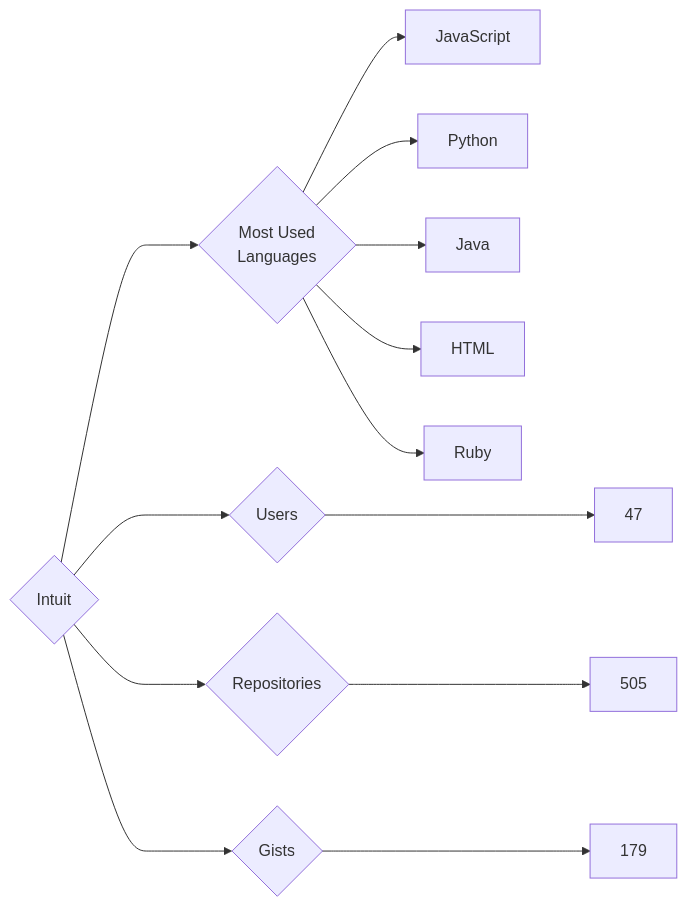
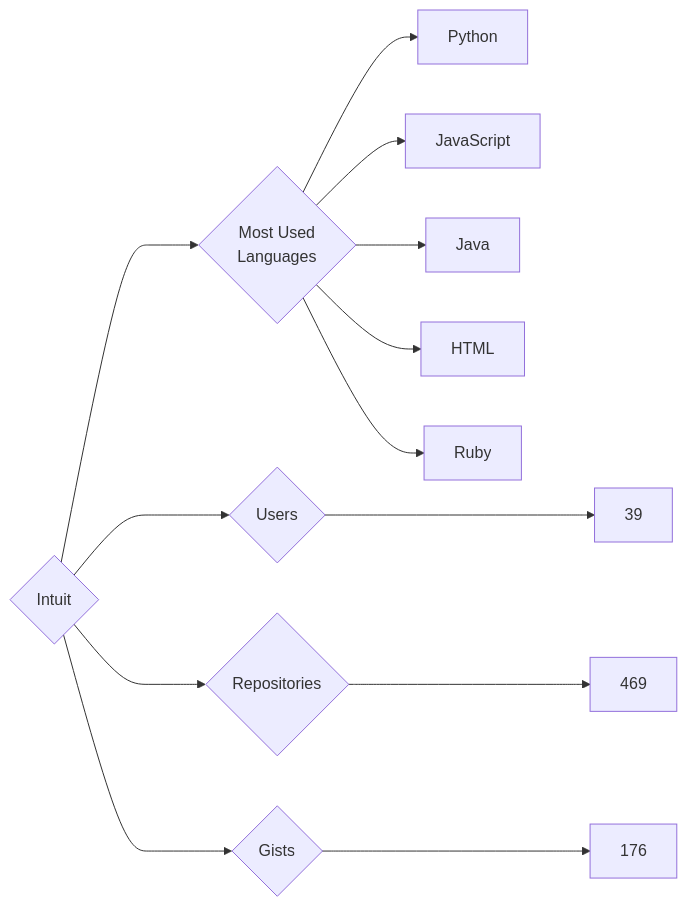
One commit to trickest/insiders changed the diagram in targets/Intuit/README.md. Above: the diagram before and after it, drawn with Mermaid. The commit also changed 953 other files, not shown here.

````diff
--- a/targets/Intuit/README.md
+++ b/targets/Intuit/README.md
@@ -3,13 +3,13 @@
 ```mermaid
 graph LR
 COMPANY_NAME{Intuit}
-COMPANY_NAME ---> U{Users} ---> UN[47]
-COMPANY_NAME ---> R{Repositories} ---> RN[505]
-COMPANY_NAME ---> G{Gists} ---> GN[179]
+COMPANY_NAME ---> U{Users} ---> UN[39]
+COMPANY_NAME ---> R{Repositories} ---> RN[469]
+COMPANY_NAME ---> G{Gists} ---> GN[176]
 COMPANY_NAME ---> ML{Most Used<br>Languages}
+ML --> Python[Python]
 ML --> JavaScript[JavaScript]
-ML --> Python[Python]
 ML --> Java[Java]
 ML --> HTML[HTML]
 ML --> Ruby[Ruby]
 ```
````
